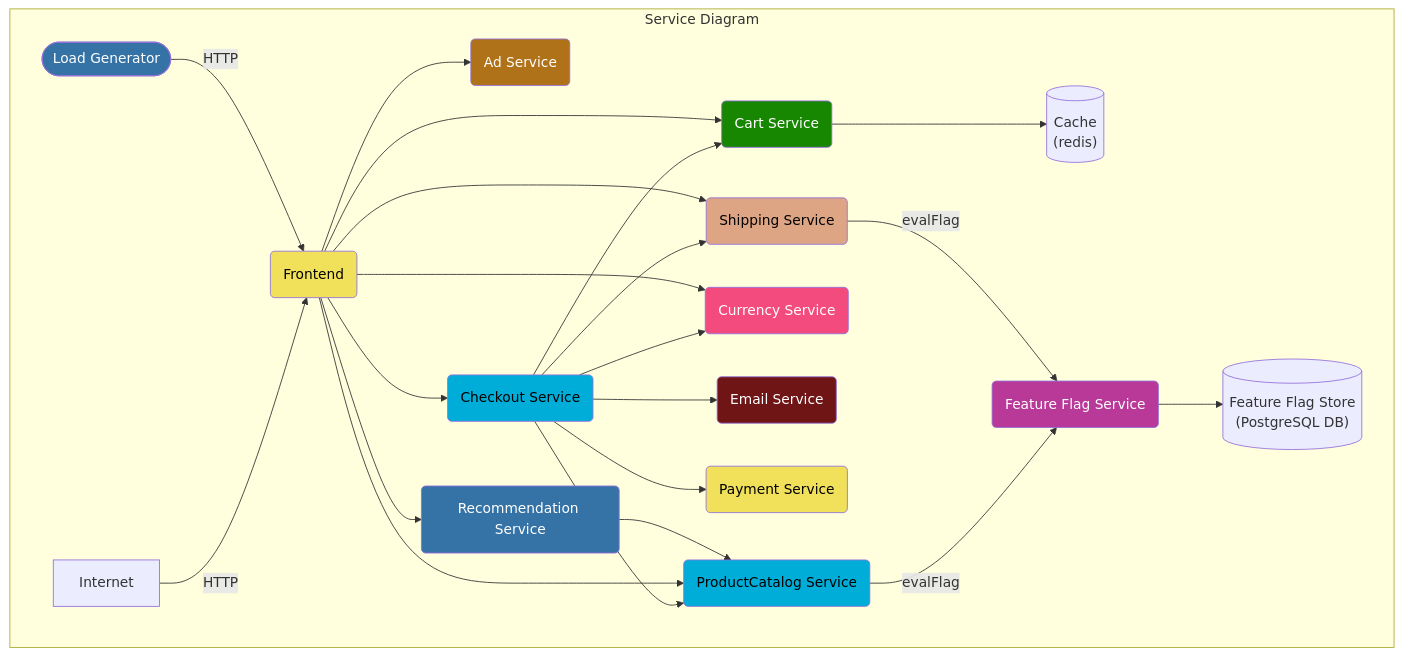
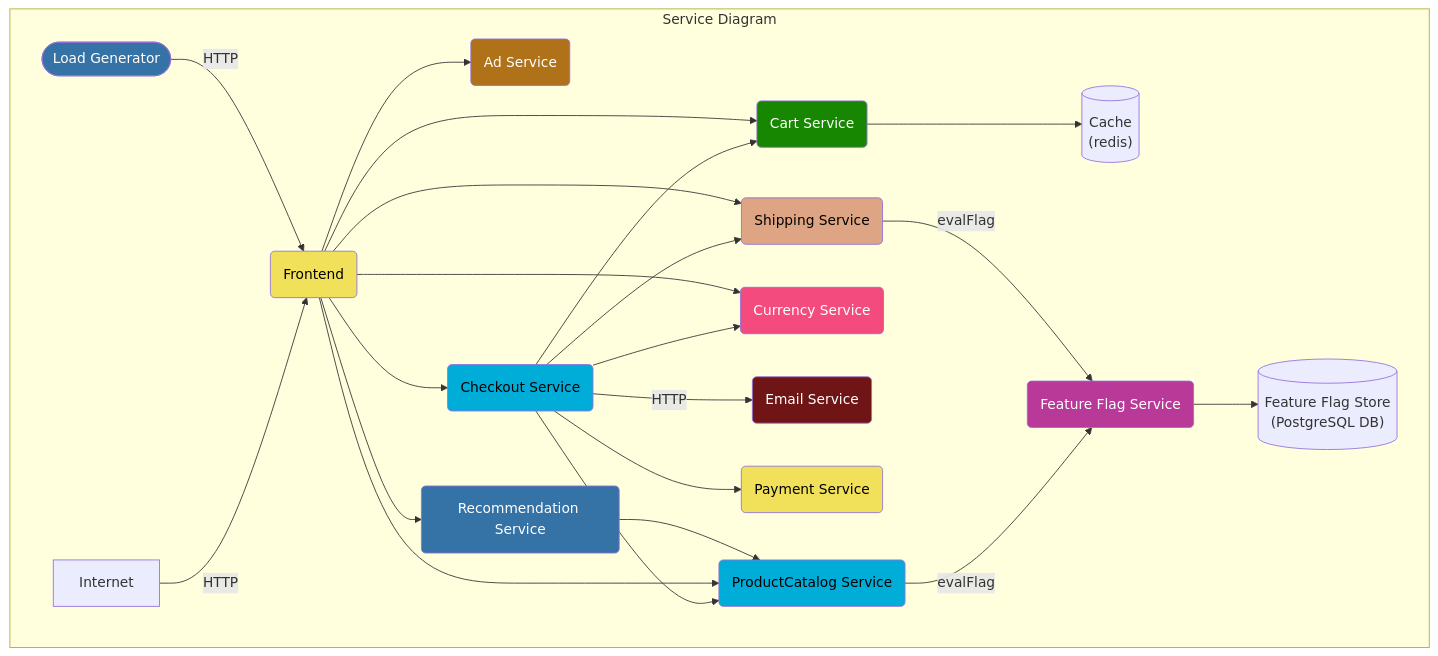
The first of 2 diagrams in README.md (mohamed3637/opentelemetry-demo), drawn with Mermaid before and after one commit. The commit also changed other lines of this file, not shown here.

Commit message:
Update README to mention that the emailservice is HTTP (#351)

````diff
--- a/README.md
+++ b/README.md
@@ -35,55 +35,55 @@
 ```mermaid
 graph TD
 
 subgraph Service Diagram
 adservice(Ad Service):::java
 cache[(Cache<br/>&#40redis&#41)]
 cartservice(Cart Service):::dotnet
 checkoutservice(Checkout Service):::golang
 currencyservice(Currency Service):::cpp
 emailservice(Email Service):::ruby
 frontend(Frontend):::javascript
 loadgenerator([Load Generator]):::python
 paymentservice(Payment Service):::javascript
 productcatalogservice(ProductCatalog Service):::golang
 recommendationservice(Recommendation Service):::python
 shippingservice(Shipping Service):::rust
 featureflagservice(Feature Flag Service):::erlang
 featureflagstore[(Feature Flag Store<br/>&#40PostgreSQL DB&#41)]
 
 Internet -->|HTTP| frontend
 loadgenerator -->|HTTP| frontend
 
 checkoutservice --> cartservice --> cache
 checkoutservice --> productcatalogservice
 checkoutservice --> currencyservice
-checkoutservice --> emailservice
+checkoutservice -->|HTTP| emailservice
 checkoutservice --> paymentservice
 checkoutservice --> shippingservice
 
 frontend --> adservice
 frontend --> cartservice
 frontend --> productcatalogservice
 frontend --> checkoutservice
 frontend --> currencyservice
 frontend --> recommendationservice --> productcatalogservice
 frontend --> shippingservice
 
 productcatalogservice --> |evalFlag| featureflagservice
 
 shippingservice --> |evalFlag| featureflagservice
 
 featureflagservice --> featureflagstore
 
 end
 classDef java fill:#b07219,color:white;
 classDef dotnet fill:#178600,color:white;
 classDef golang fill:#00add8,color:black;
 classDef cpp fill:#f34b7d,color:white;
 classDef ruby fill:#701516,color:white;
 classDef python fill:#3572A5,color:white;
 classDef javascript fill:#f1e05a,color:black;
 classDef rust fill:#dea584,color:black;
 classDef erlang fill:#b83998,color:white;
 classDef php fill:#4f5d95,color:white;
 ```
````
